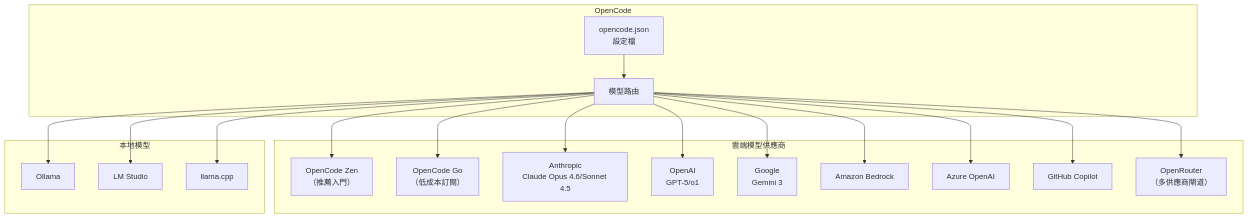
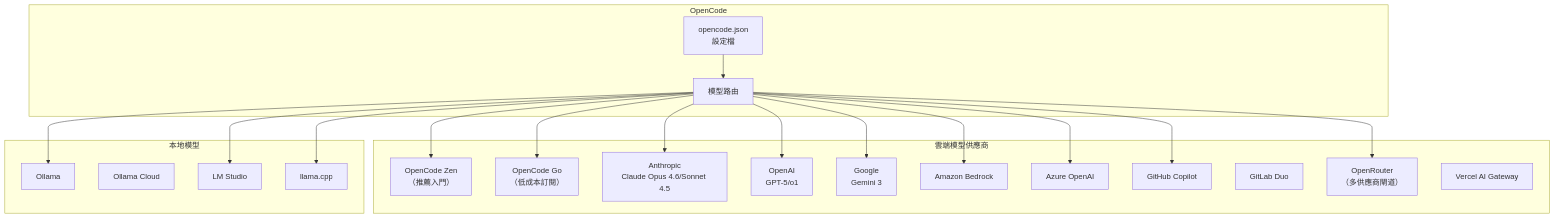
One commit to chihhung/Blog changed the eighth of 50 diagrams in content/posts/教學/AI開發/opencode生態系教學手冊.md. Above: the diagram before and after it, drawn with Mermaid. The commit also changed other lines of this file and 3 other files, not shown here.

````diff
--- a/content/posts/教學/AI開發/opencode生態系教學手冊.md
+++ b/content/posts/教學/AI開發/opencode生態系教學手冊.md
@@ -1398,39 +1414,42 @@
 ```mermaid
 graph TB
     subgraph "OpenCode"
         Config["opencode.json<br/>設定檔"]
         Router["模型路由"]
     end
 
     subgraph "雲端模型供應商"
         Zen["OpenCode Zen<br/>（推薦入門）"]
         Go["OpenCode Go<br/>（低成本訂閱）"]
         Anthropic["Anthropic<br/>Claude Opus 4.6/Sonnet 4.5"]
         OpenAI["OpenAI<br/>GPT-5/o1"]
         Google["Google<br/>Gemini 3"]
         Bedrock["Amazon Bedrock"]
         AzureOAI["Azure OpenAI"]
         Copilot["GitHub Copilot"]
+        GitLab["GitLab Duo"]
         OR["OpenRouter<br/>（多供應商閘道）"]
+        Vercel["Vercel AI Gateway"]
     end
 
     subgraph "本地模型"
         Ollama["Ollama"]
+        OllamaCloud["Ollama Cloud"]
         LMStudio["LM Studio"]
         LlamaCpp["llama.cpp"]
     end
 
     Config --> Router
     Router --> Zen
     Router --> Go
     Router --> Anthropic
     Router --> OpenAI
     Router --> Google
     Router --> Bedrock
     Router --> AzureOAI
     Router --> Copilot
     Router --> OR
     Router --> Ollama
     Router --> LMStudio
     Router --> LlamaCpp
 ```
````
